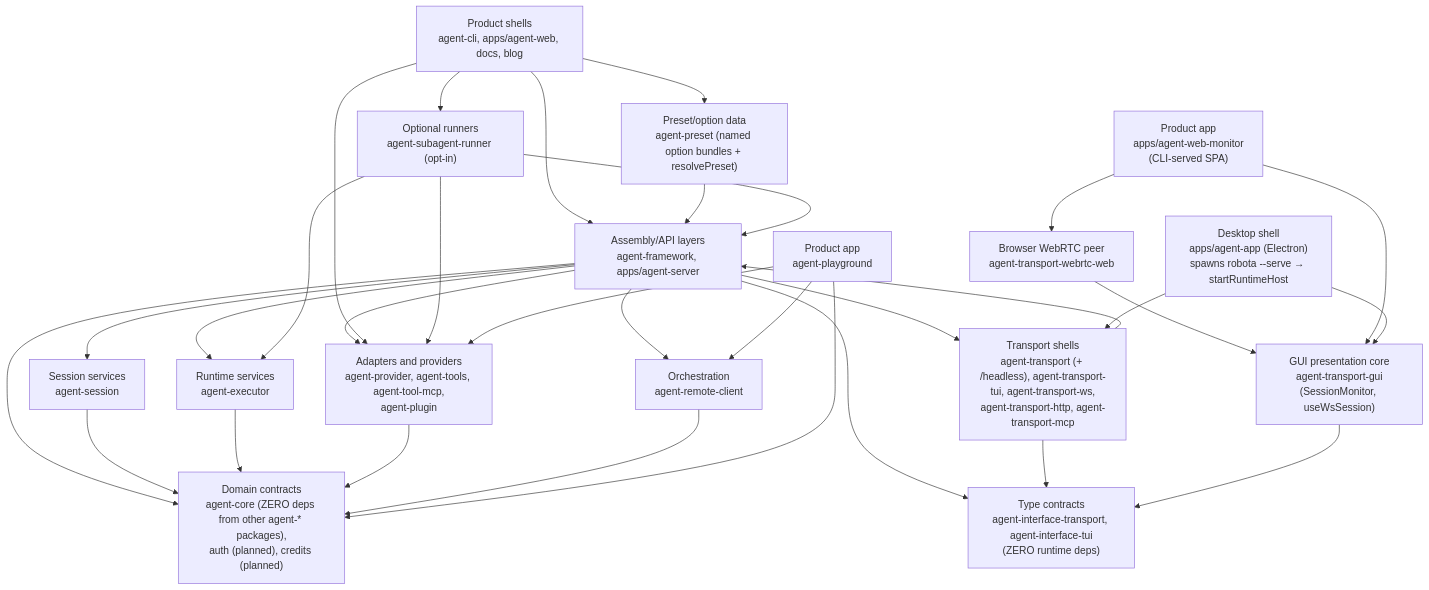
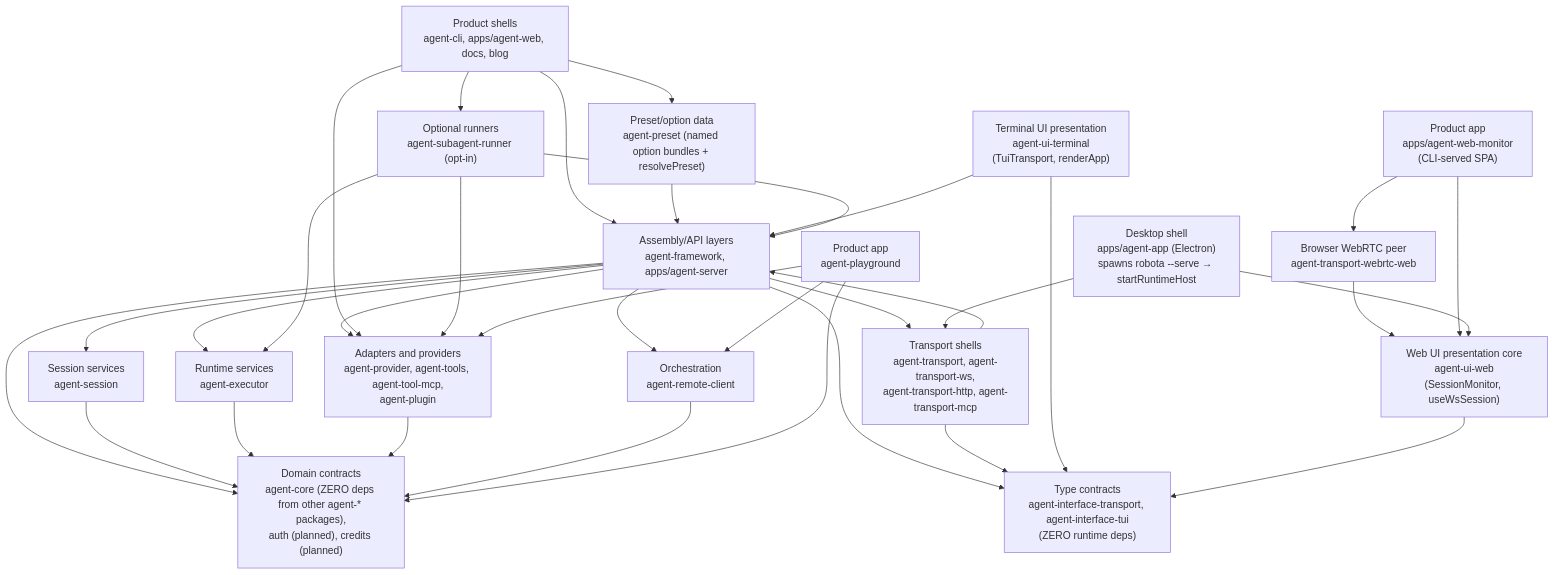
One commit to woojubb/robota changed the diagram in .agents/specs/architecture-map/dependency-direction.md. Above: the diagram before and after it, drawn with Mermaid. The commit also changed other lines of this file and 425 other files, not shown here.

First line of the commit message:
refactor(struct): move presentation packages to agent-ui

````diff
--- a/.agents/specs/architecture-map/dependency-direction.md
+++ b/.agents/specs/architecture-map/dependency-direction.md
@@ -9,50 +9,53 @@
 ```mermaid
 flowchart TD
   ProductShells["Product shells\nagent-cli, apps/agent-web, docs, blog"]
   Playground["Product app\nagent-playground"]
-  TransportGui["GUI presentation core\nagent-transport-gui\n(SessionMonitor, useWsSession)"]
+  TransportGui["Web UI presentation core\nagent-ui-web\n(SessionMonitor, useWsSession)"]
+  TerminalUi["Terminal UI presentation\nagent-ui-terminal\n(TuiTransport, renderApp)"]
   WebRtcWeb["Browser WebRTC peer\nagent-transport-webrtc-web"]
   WebMonitor["Product app\napps/agent-web-monitor\n(CLI-served SPA)"]
   DesktopApp["Desktop shell\napps/agent-app (Electron)\nspawns robota --serve → startRuntimeHost"]
   Assembly["Assembly/API layers\nagent-framework, apps/agent-server"]
   Preset["Preset/option data\nagent-preset (named option bundles + resolvePreset)"]
-  TransportShells["Transport shells\nagent-transport (+ /headless), agent-transport-tui, agent-transport-ws,\nagent-transport-http, agent-transport-mcp"]
+  TransportShells["Transport shells\nagent-transport, agent-transport-ws,\nagent-transport-http, agent-transport-mcp"]
   TypeContracts["Type contracts\nagent-interface-transport, agent-interface-tui\n(ZERO runtime deps)"]
   Orchestration["Orchestration\nagent-remote-client"]
   Sessions["Session services\nagent-session"]
   Executor["Runtime services\nagent-executor"]
   Domain["Domain contracts\nagent-core (ZERO deps from other agent-* packages),\nauth (planned), credits (planned)"]
   Adapters["Adapters and providers\nagent-provider, agent-tools, agent-tool-mcp,\nagent-plugin"]
   OptIn["Optional runners\nagent-subagent-runner (opt-in)"]
 
   ProductShells --> Assembly
   Preset --> Assembly
   ProductShells --> Preset
   Assembly --> Sessions
   Assembly --> Executor
   Assembly --> Domain
   Assembly --> TypeContracts
   Sessions --> Domain
   Executor --> Domain
   Assembly --> Adapters
   ProductShells --> Adapters
   ProductShells --> OptIn
   Adapters --> Domain
   TransportShells --> Assembly
   TransportShells --> TypeContracts
   Assembly --> TransportShells
+  TerminalUi --> Assembly
+  TerminalUi --> TypeContracts
   Orchestration --> Domain
   Assembly --> Orchestration
   OptIn --> Assembly
   OptIn --> Executor
   OptIn --> Adapters
   Playground --> Domain
   Playground --> Adapters
   Playground --> Orchestration
   TransportGui --> TypeContracts
   WebRtcWeb --> TransportGui
   WebMonitor --> TransportGui
   WebMonitor --> WebRtcWeb
   DesktopApp --> TransportGui
   DesktopApp --> TransportShells
 ```
````
